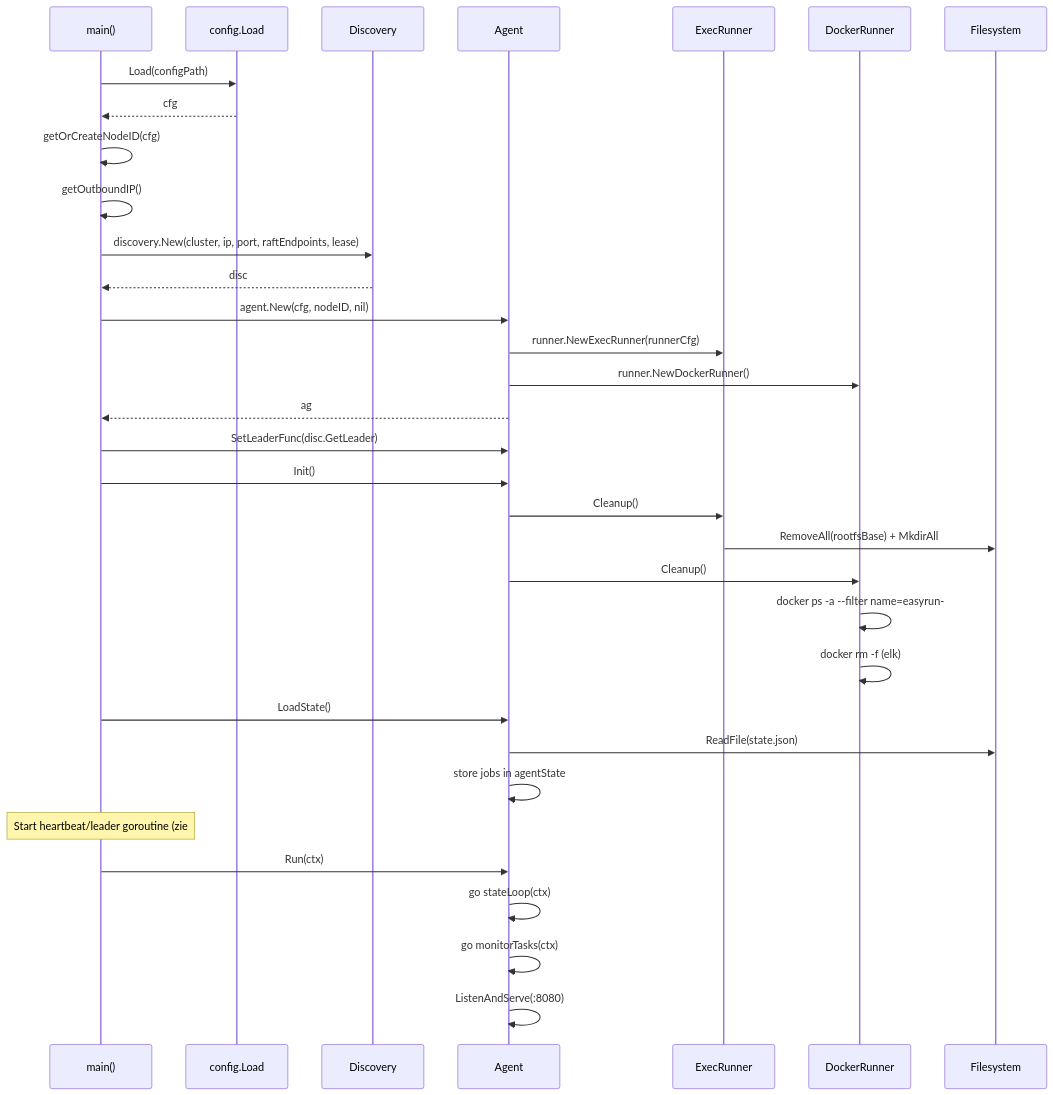
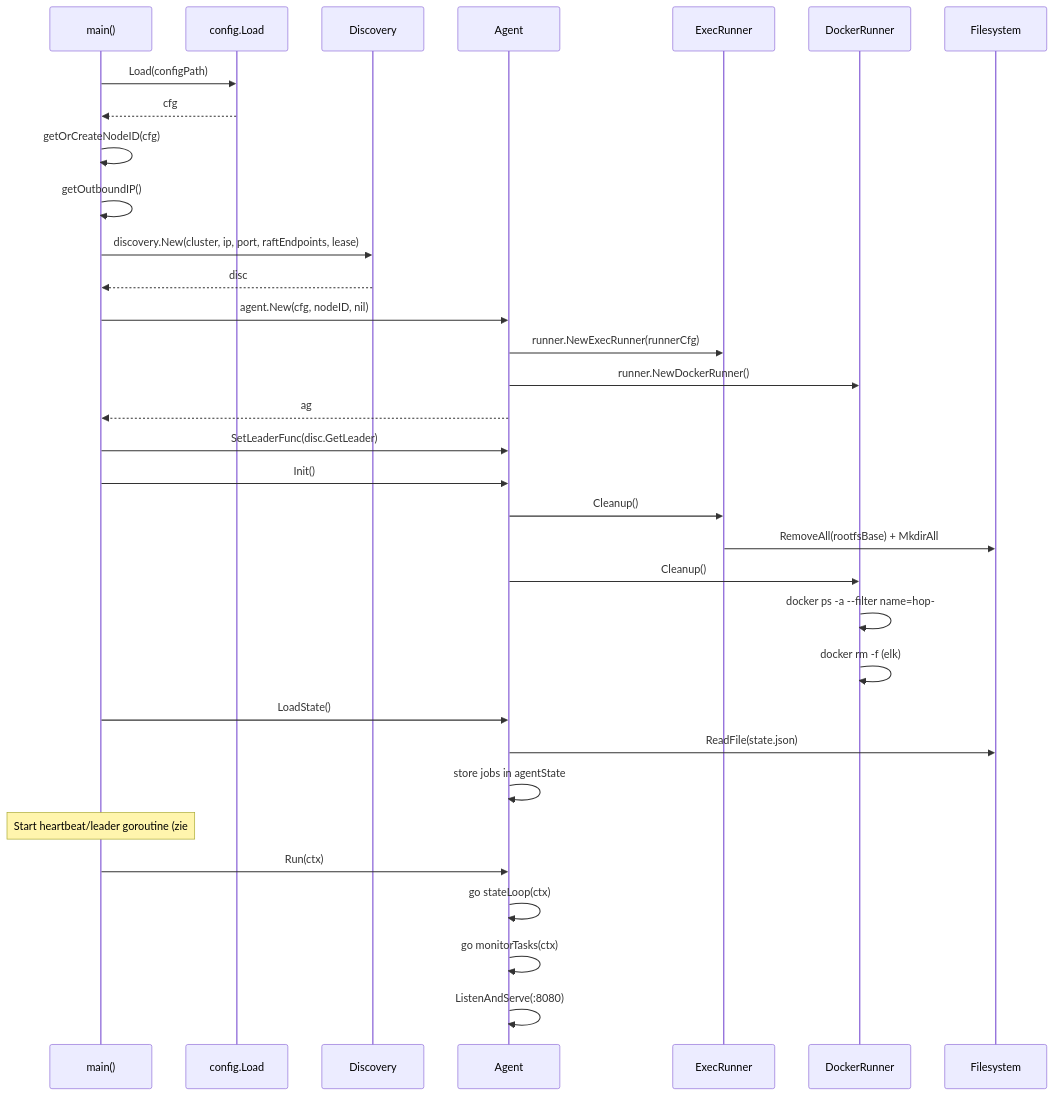
Before and after one commit to xinix00/easyrun: the first of 14 diagrams in SEQUENCES.md, drawn with Mermaid. The commit also changed other lines of this file and 85 other files, not shown here.

First line of the commit message:
rebrand: easyrun → hop (Haas BV)

````diff
--- a/SEQUENCES.md
+++ b/SEQUENCES.md
@@ -29,43 +29,43 @@
 ```mermaid
 sequenceDiagram
     participant M as main()
     participant C as config.Load
     participant D as Discovery
     participant A as Agent
     participant R as ExecRunner
     participant DR as DockerRunner
     participant FS as Filesystem
 
     M->>C: Load(configPath)
     C-->>M: cfg
 
     M->>M: getOrCreateNodeID(cfg)
     M->>M: getOutboundIP()
 
     M->>D: discovery.New(cluster, ip, port, raftEndpoints, lease)
     D-->>M: disc
 
     M->>A: agent.New(cfg, nodeID, nil)
     A->>R: runner.NewExecRunner(runnerCfg)
     A->>DR: runner.NewDockerRunner()
     A-->>M: ag
 
     M->>A: SetLeaderFunc(disc.GetLeader)
 
     M->>A: Init()
     A->>R: Cleanup()
     R->>FS: RemoveAll(rootfsBase) + MkdirAll
     A->>DR: Cleanup()
-    DR->>DR: docker ps -a --filter name=easyrun-
+    DR->>DR: docker ps -a --filter name=hop-
     DR->>DR: docker rm -f (elk)
 
     M->>A: LoadState()
     A->>FS: ReadFile(state.json)
     A->>A: store jobs in agentState
 
     Note over M: Start heartbeat/leader goroutine (zie #3)
     M->>A: Run(ctx)
     A->>A: go stateLoop(ctx)
     A->>A: go monitorTasks(ctx)
     A->>A: ListenAndServe(:8080)
 ```
````
